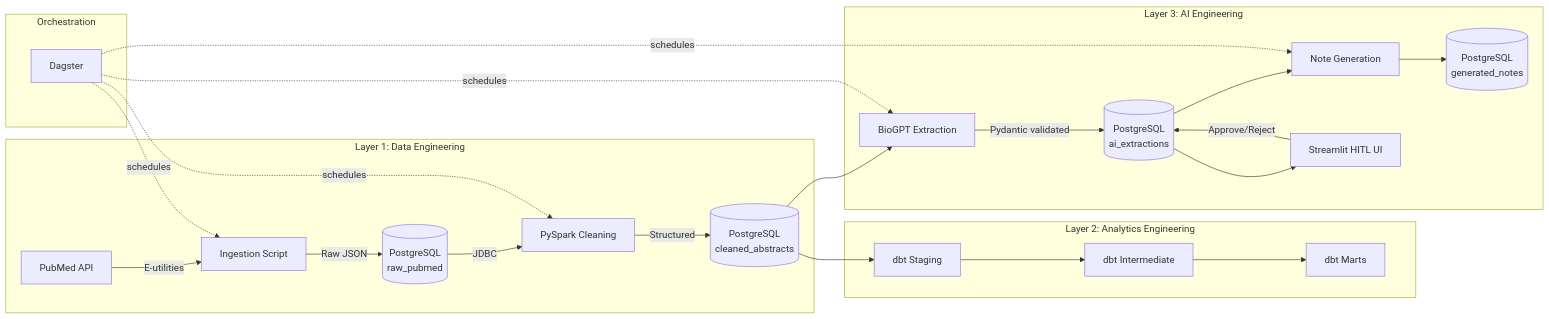
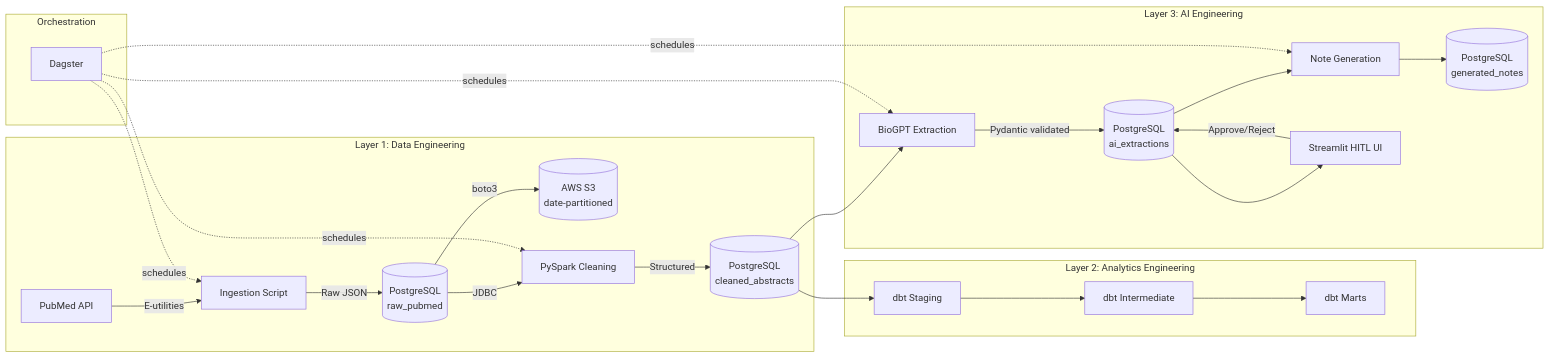
Before and after one commit to 97jojo97/oncoextract: the diagram in README.md, drawn with Mermaid. The commit also changed other lines of this file and 10 other files, not shown here.

````diff
--- a/README.md
+++ b/README.md
@@ -7,31 +7,32 @@
 ```mermaid
 flowchart LR
     subgraph ingestion [Layer 1: Data Engineering]
         A[PubMed API] -->|E-utilities| B[Ingestion Script]
         B -->|Raw JSON| C[(PostgreSQL<br/>raw_pubmed)]
+        C -->|boto3| S3[(AWS S3<br/>date-partitioned)]
         C -->|JDBC| D[PySpark Cleaning]
         D -->|Structured| E[(PostgreSQL<br/>cleaned_abstracts)]
     end
 
     subgraph analytics [Layer 2: Analytics Engineering]
         E --> F[dbt Staging]
         F --> G[dbt Intermediate]
         G --> H[dbt Marts]
     end
 
     subgraph ai [Layer 3: AI Engineering]
         E --> I[BioGPT Extraction]
         I -->|Pydantic validated| J[(PostgreSQL<br/>ai_extractions)]
         J --> K[Note Generation]
         K --> L[(PostgreSQL<br/>generated_notes)]
         J --> M[Streamlit HITL UI]
         M -->|Approve/Reject| J
     end
 
     subgraph orchestration [Orchestration]
         N[Dagster] -.->|schedules| B
         N -.->|schedules| D
         N -.->|schedules| I
         N -.->|schedules| K
     end
 ```
````
